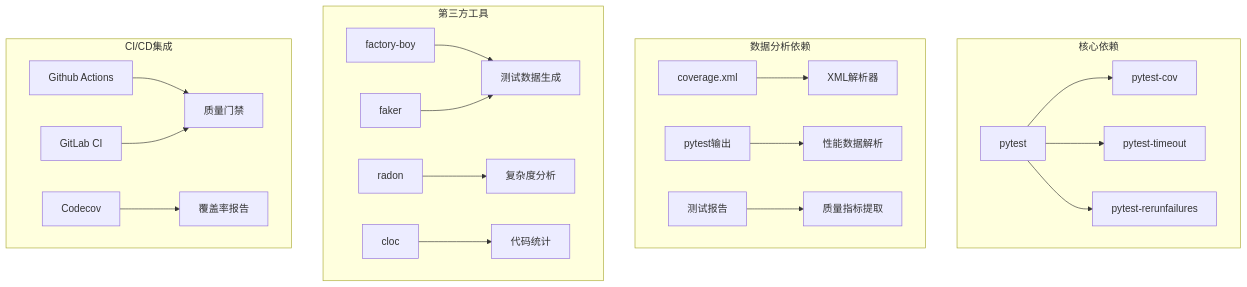
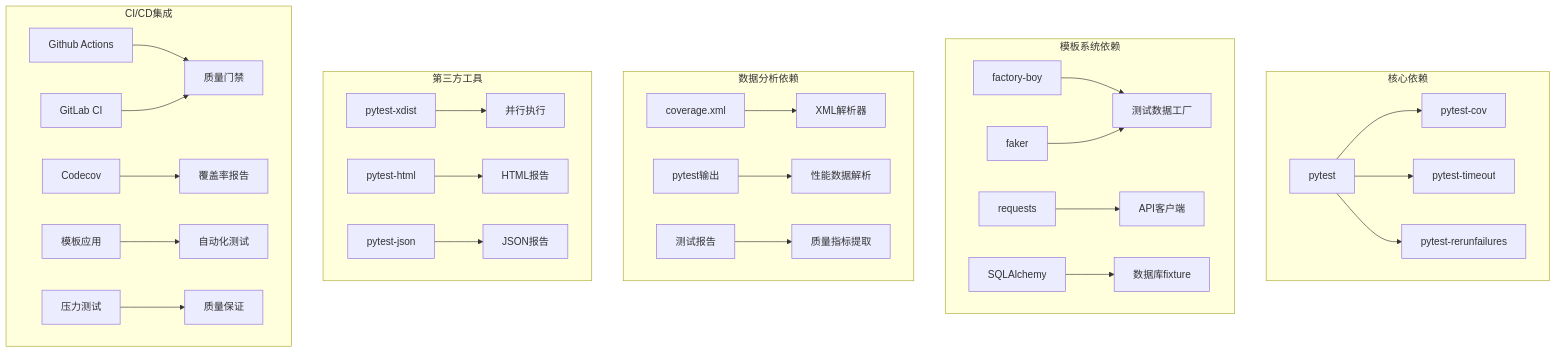
One commit to AngelWings1997/altas changed diagram 11 of 12 in .qoder/repowiki/zh/content/Altas Workflow Core/测试质量度量参考.md. Above: the diagram before and after it, drawn with Mermaid. The commit also changed other lines of this file and 8 other files, not shown here.

````diff
--- a/.qoder/repowiki/zh/content/Altas Workflow Core/测试质量度量参考.md
+++ b/.qoder/repowiki/zh/content/Altas Workflow Core/测试质量度量参考.md
@@ -361,24 +542,31 @@
 ```mermaid
 graph TB
 subgraph "核心依赖"
 A[pytest] --> B[pytest-cov]
 A --> C[pytest-timeout]
 A --> D[pytest-rerunfailures]
 end
+subgraph "模板系统依赖"
+E[factory-boy] --> F[测试数据工厂]
+G[faker] --> F
+H[requests] --> I[API客户端]
+J[SQLAlchemy] --> K[数据库fixture]
+end
 subgraph "数据分析依赖"
-E[coverage.xml] --> F[XML解析器]
-G[pytest输出] --> H[性能数据解析]
-I[测试报告] --> J[质量指标提取]
+L[coverage.xml] --> M[XML解析器]
+N[pytest输出] --> O[性能数据解析]
+P[测试报告] --> Q[质量指标提取]
 end
 subgraph "第三方工具"
-K[factory-boy] --> L[测试数据生成]
-M[faker] --> L
-N[radon] --> O[复杂度分析]
-P[cloc] --> Q[代码统计]
+R[pytest-xdist] --> S[并行执行]
+T[pytest-html] --> U[HTML报告]
+V[pytest-json] --> W[JSON报告]
 end
 subgraph "CI/CD集成"
-R[Github Actions] --> S[质量门禁]
-T[GitLab CI] --> S
-U[Codecov] --> V[覆盖率报告]
+X[Github Actions] --> Y[质量门禁]
+Z[GitLab CI] --> Y
+AA[Codecov] --> BB[覆盖率报告]
+CC[模板应用] --> DD[自动化测试]
+EE[压力测试] --> FF[质量保证]
 end
 ```
````
